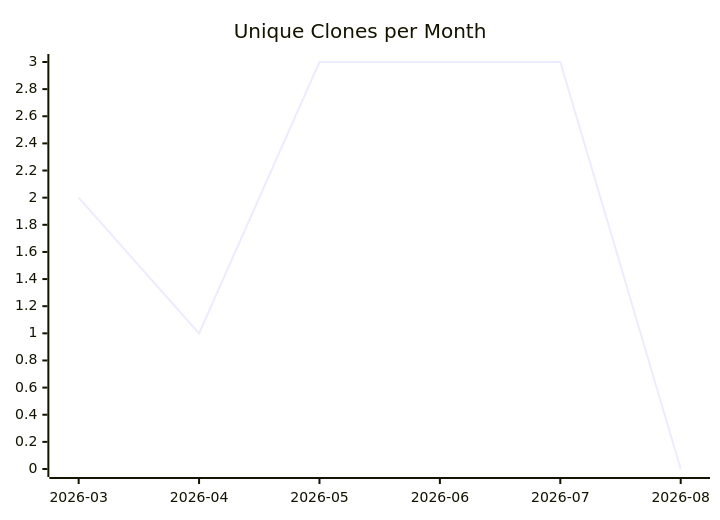
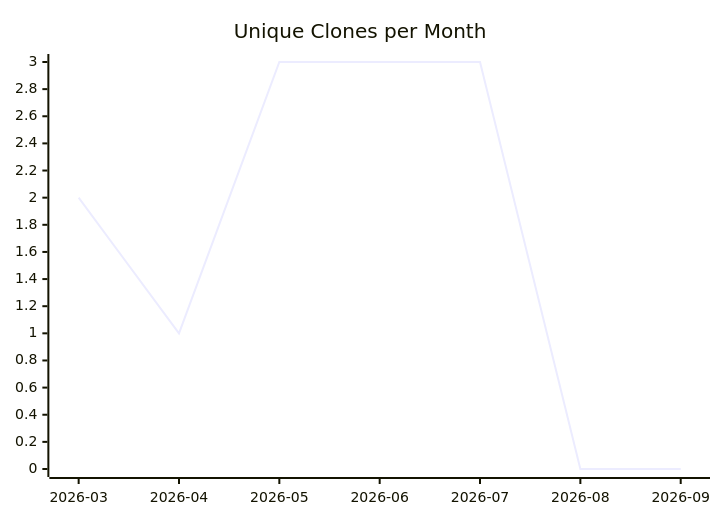
Before and after one commit to justdavis-family/github-analytics-data: the third of 3 diagrams in karlmdavis/ansible-roles/README.md, drawn with Mermaid. The commit also changed other lines of this file and 190 other files, not shown here.

````diff
--- a/karlmdavis/ansible-roles/README.md
+++ b/karlmdavis/ansible-roles/README.md
@@ -19,6 +19,6 @@
 ```mermaid
 xychart-beta
   title "Unique Clones per Month"
-  x-axis ["2026-03", "2026-04", "2026-05", "2026-06", "2026-07", "2026-08"]
-  line [2, 1, 3, 3, 3, 0]
+  x-axis ["2026-03", "2026-04", "2026-05", "2026-06", "2026-07", "2026-08", "2026-09"]
+  line [2, 1, 3, 3, 3, 0, 0]
 ```
````
